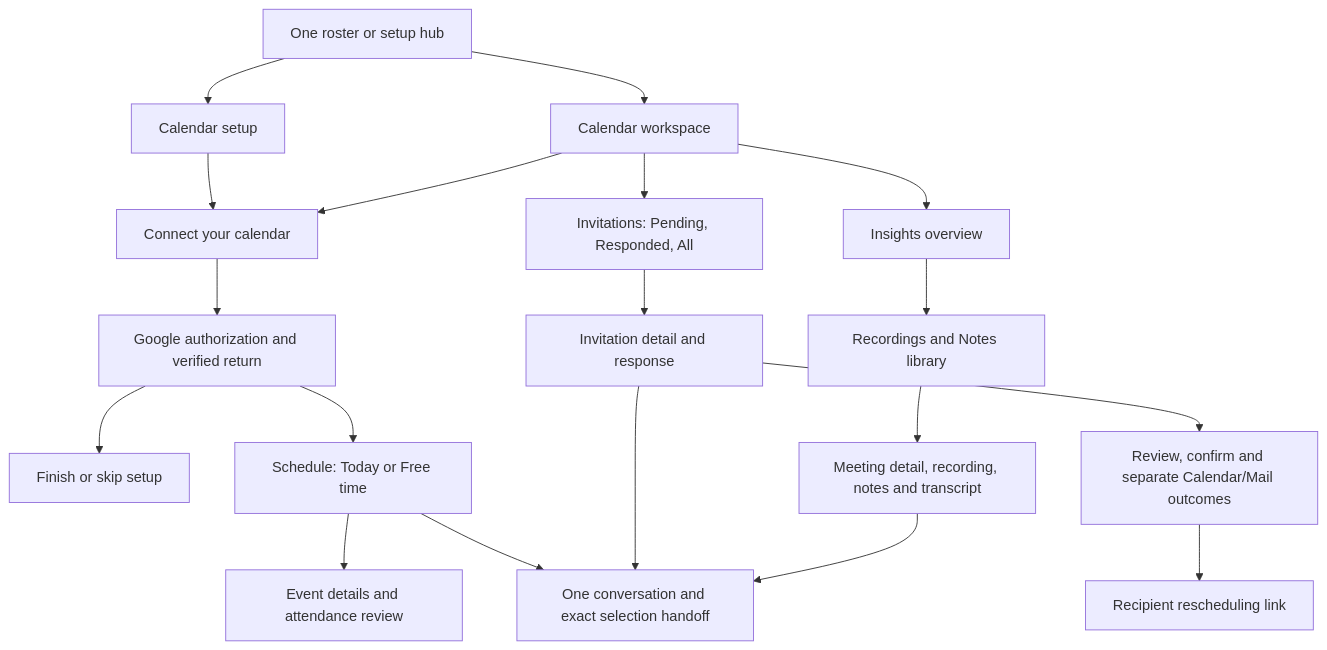
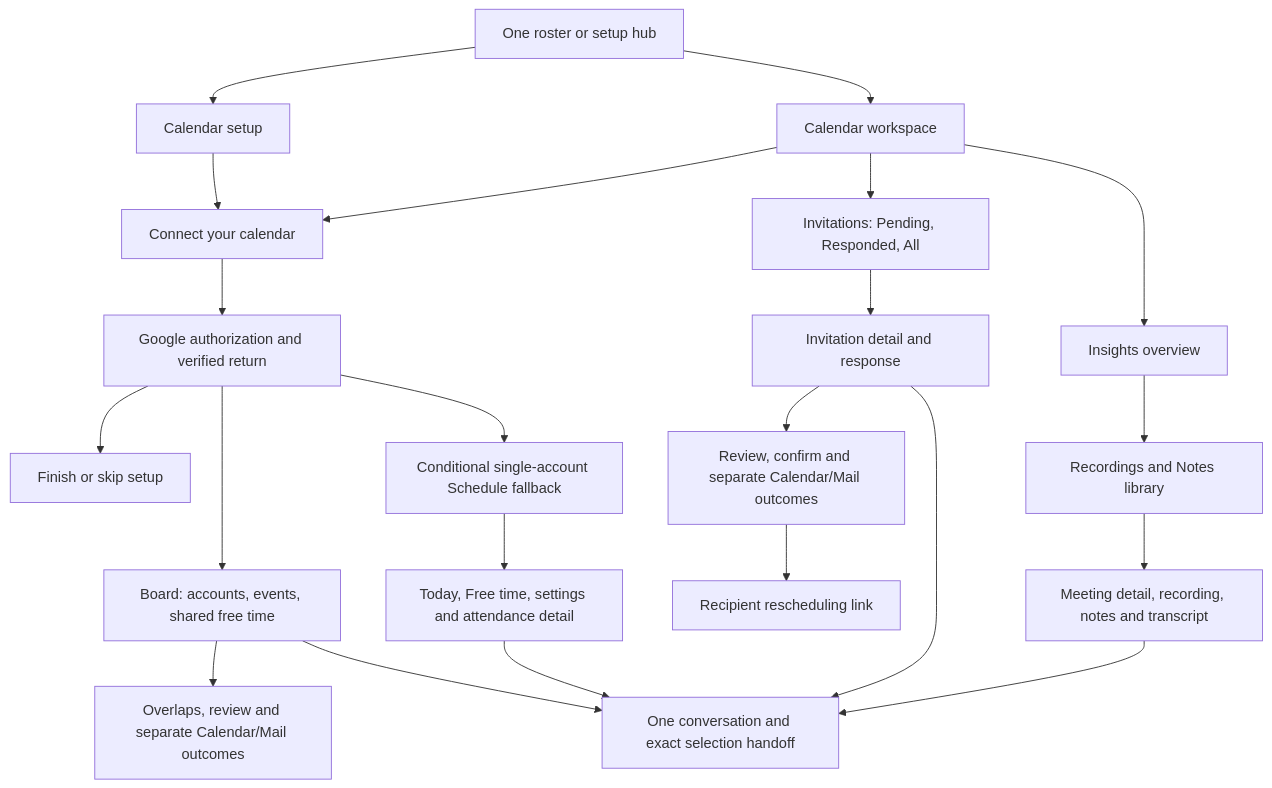
The diagram in hushh-webapp/docs/ui-contracts/calendar.md (hushh-labs/hushh-research), drawn with Mermaid before and after one commit. The commit also changed other lines of this file and 34 other files, not shown here.

Commit message:
feat(calendar): complete mounted presentation across flows

````diff
--- a/hushh-webapp/docs/ui-contracts/calendar.md
+++ b/hushh-webapp/docs/ui-contracts/calendar.md
@@ -28,21 +30,24 @@
 ```mermaid
 flowchart TD
   roster["One roster or setup hub"] --> setup["Calendar setup"]
   roster --> workspace["Calendar workspace"]
   setup --> connect["Connect your calendar"]
   workspace --> connect
   connect --> oauth["Google authorization and verified return"]
   oauth --> finish["Finish or skip setup"]
-  oauth --> schedule["Schedule: Today or Free time"]
-  schedule --> event["Event details and attendance review"]
-  schedule --> chat["One conversation and exact selection handoff"]
+  oauth --> board["Board: accounts, events, shared free time"]
+  oauth --> fallback["Conditional single-account Schedule fallback"]
+  board --> conflict["Overlaps, review and separate Calendar/Mail outcomes"]
+  fallback --> event["Today, Free time, settings and attendance detail"]
+  event --> chat["One conversation and exact selection handoff"]
+  board --> chat
   workspace --> invitations["Invitations: Pending, Responded, All"]
   invitations --> detail["Invitation detail and response"]
   detail --> review["Review, confirm and separate Calendar/Mail outcomes"]
   detail --> chat
   review --> public["Recipient rescheduling link"]
   workspace --> insights["Insights overview"]
   insights --> library["Recordings and Notes library"]
   library --> meeting["Meeting detail, recording, notes and transcript"]
   meeting --> chat
 ```
````
